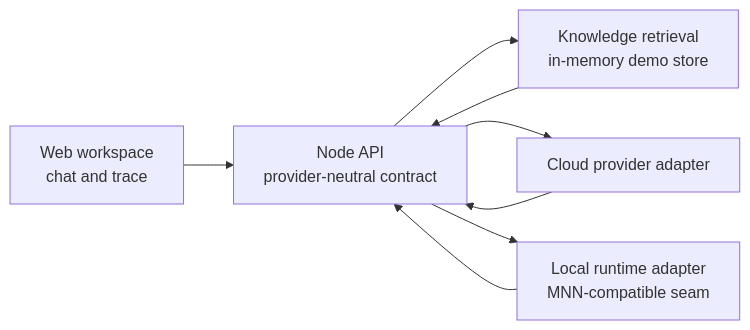
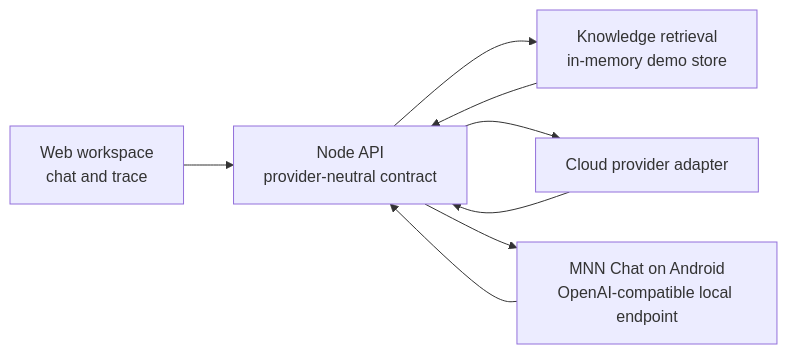
The diagram in README.md (chensj1992/signal-copilot), drawn with Mermaid before and after one commit. The commit also changed other lines of this file and 6 other files, not shown here.

Commit message:
feat: integrate MNN local runtime provider

````diff
--- a/README.md
+++ b/README.md
@@ -19,10 +19,10 @@
 ```mermaid
 flowchart LR
   UI["Web workspace\nchat and trace"] --> API["Node API\nprovider-neutral contract"]
   API --> RAG["Knowledge retrieval\nin-memory demo store"]
   API --> CLOUD["Cloud provider adapter"]
-  API --> LOCAL["Local runtime adapter\nMNN-compatible seam"]
+  API --> LOCAL["MNN Chat on Android\nOpenAI-compatible local endpoint"]
   RAG --> API
   CLOUD --> API
   LOCAL --> API
 ```
````
